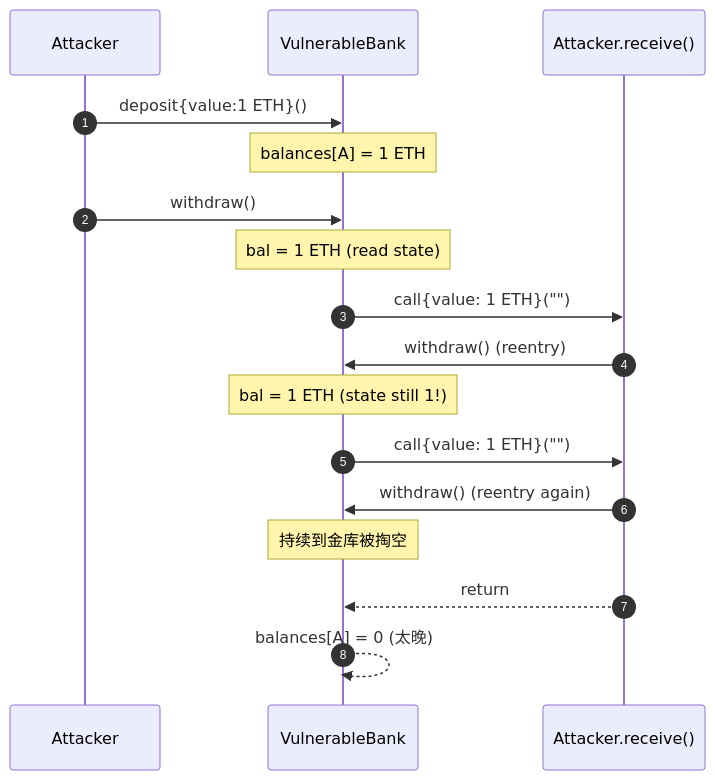
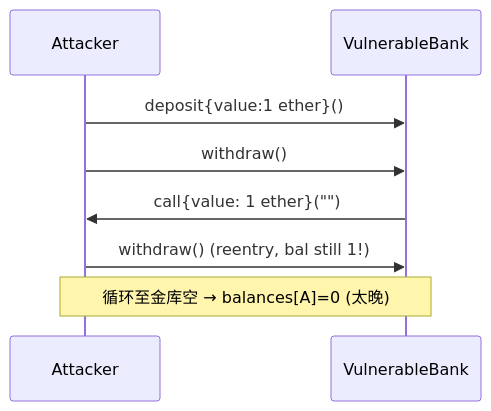
The second of 12 diagrams in web3-engineer-guide/05-智能合约安全/README.md (ChuwuYo/misc-files), drawn with Mermaid before and after one commit. The commit also changed other lines of this file and 690 other files, not shown here.

````diff
--- a/web3-engineer-guide/05-智能合约安全/README.md
+++ b/web3-engineer-guide/05-智能合约安全/README.md
@@ -158,19 +137,10 @@
 ```mermaid
 sequenceDiagram
-    autonumber
     participant A as Attacker
     participant B as VulnerableBank
-    participant E as Attacker.receive()
-    A->>B: deposit{value:1 ETH}()
-    Note over B: balances[A] = 1 ETH
+    A->>B: deposit{value:1 ether}()
     A->>B: withdraw()
-    Note over B: bal = 1 ETH (read state)
-    B->>E: call{value: 1 ETH}("")
-    E->>B: withdraw() (reentry)
-    Note over B: bal = 1 ETH (state still 1!)
-    B->>E: call{value: 1 ETH}("")
-    E->>B: withdraw() (reentry again)
-    Note over B: 持续到金库被掏空
-    E-->>B: return
-    B-->>B: balances[A] = 0 (太晚)
+    B->>A: call{value: 1 ether}("")
+    A->>B: withdraw() (reentry, bal still 1!)
+    Note over A,B: 循环至金库空 → balances[A]=0 (太晚)
 ```
````
